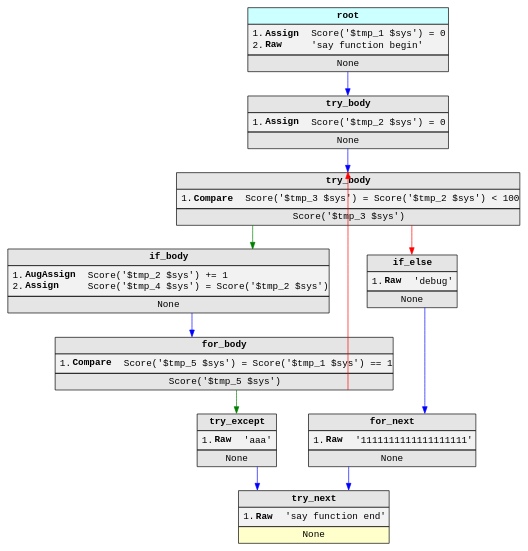
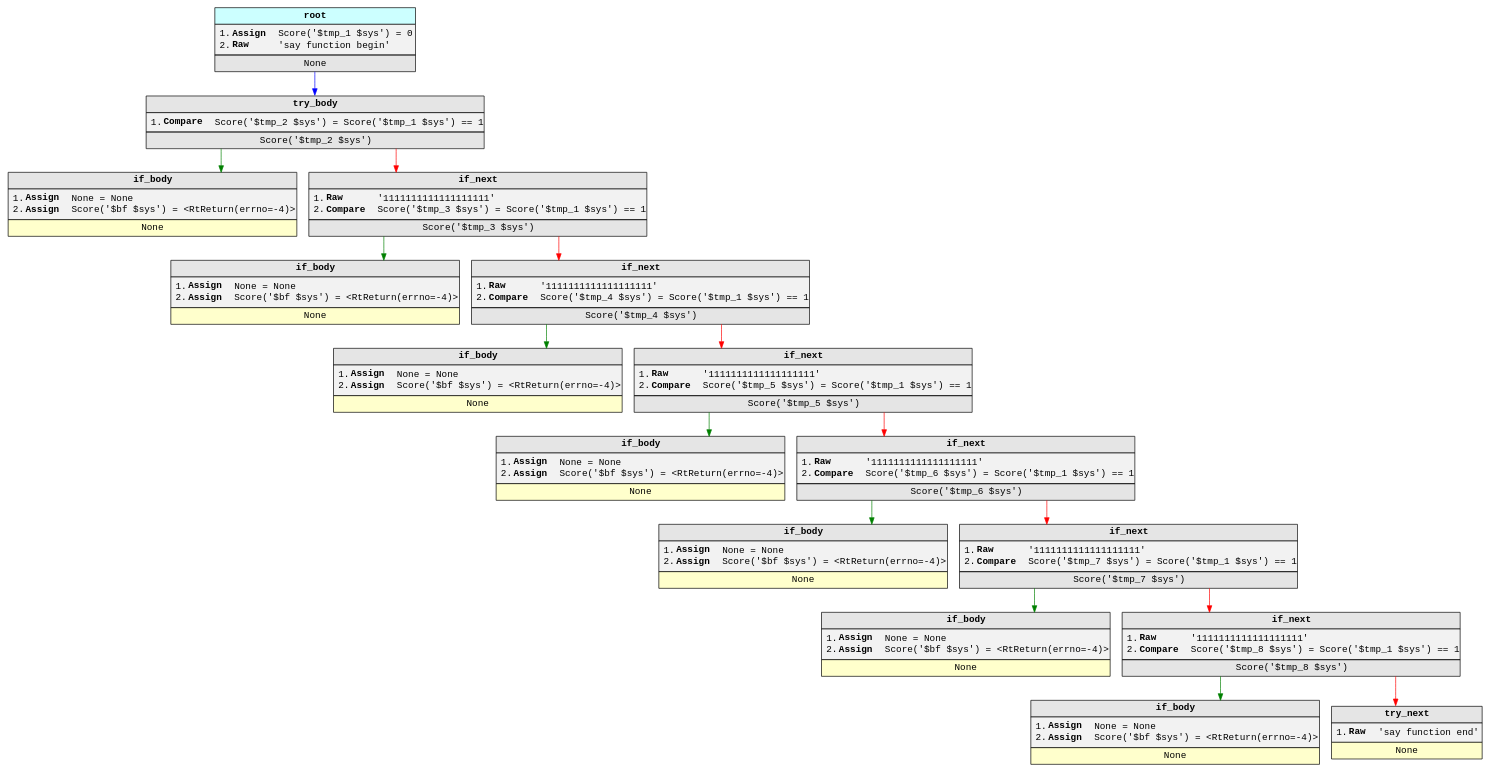
One commit to 00ll00/pymcf changed the diagram in test.dot. Above: the diagram before and after it, drawn with Graphviz. The commit also changed 2 other files, not shown here.

```diff
--- a/test.dot
+++ b/test.dot
@@ -2,7 +2,7 @@
 	node [fontname="Courier New"]
 	edge [fontname="Courier New"]
 	bgcolor=white splines=ortho
-	node_2506838769552 [label=<
+	node_1993967455888 [label=<
                     <table border="0" cellborder="1" cellspacing="0" cellpadding="4">
                         <tr><td><b>try_next</b></td></tr>
                         <tr><td bgcolor="gray95"><table border="0" cellborder="0" cellspacing="2" cellpadding="0">
@@ -11,80 +11,160 @@
                         <tr><td bgcolor="#ffffcc">None</td></tr>
                     </table>
                     > fillcolor=gray90 shape=plain style=filled]
-	node_2506838950800 [label=<
+	node_1993967463696 [label=<
                     <table border="0" cellborder="1" cellspacing="0" cellpadding="4">
-                        <tr><td><b>for_next</b></td></tr>
+                        <tr><td><b>if_body</b></td></tr>
+                        <tr><td bgcolor="gray95"><table border="0" cellborder="0" cellspacing="2" cellpadding="0">
+                            <tr><td align="left">1.</td><td align="left"><b>Assign</b>  </td><td align="left">None = None</td></tr>
+<tr><td align="left">2.</td><td align="left"><b>Assign</b>  </td><td align="left">Score(&#x27;$bf $sys&#x27;) = &lt;RtReturn(errno=-4)&gt;</td></tr>
+                        </table></td></tr>
+                        <tr><td bgcolor="#ffffcc">None</td></tr>
+                    </table>
+                    > fillcolor=gray90 shape=plain style=filled]
+	node_1993967463504 [label=<
+                    <table border="0" cellborder="1" cellspacing="0" cellpadding="4">
+                        <tr><td><b>if_next</b></td></tr>
                         <tr><td bgcolor="gray95"><table border="0" cellborder="0" cellspacing="2" cellpadding="0">
                             <tr><td align="left">1.</td><td align="left"><b>Raw</b>  </td><td align="left">&#x27;1111111111111111111&#x27;</td></tr>
+<tr><td align="left">2.</td><td align="left"><b>Compare</b>  </td><td align="left">Score(&#x27;$tmp_8 $sys&#x27;) = Score(&#x27;$tmp_1 $sys&#x27;) == 1</td></tr>
                         </table></td></tr>
-                        <tr><td>None</td></tr>
+                        <tr><td>Score(&#x27;$tmp_8 $sys&#x27;)</td></tr>
                     </table>
                     > fillcolor=gray90 shape=plain style=filled]
-	node_2506838950800:s -> node_2506838769552:n [color=blue]
-	node_2506838953424 [label=<
+	node_1993967463504:sw -> node_1993967463696:n [color=green]
+	node_1993967463504:se -> node_1993967455888:n [color=red]
+	node_1993967462480 [label=<
                     <table border="0" cellborder="1" cellspacing="0" cellpadding="4">
-                        <tr><td><b>if_else</b></td></tr>
+                        <tr><td><b>if_body</b></td></tr>
                         <tr><td bgcolor="gray95"><table border="0" cellborder="0" cellspacing="2" cellpadding="0">
-                            <tr><td align="left">1.</td><td align="left"><b>Raw</b>  </td><td align="left">&#x27;debug&#x27;</td></tr>
+                            <tr><td align="left">1.</td><td align="left"><b>Assign</b>  </td><td align="left">None = None</td></tr>
+<tr><td align="left">2.</td><td align="left"><b>Assign</b>  </td><td align="left">Score(&#x27;$bf $sys&#x27;) = &lt;RtReturn(errno=-4)&gt;</td></tr>
                         </table></td></tr>
-                        <tr><td>None</td></tr>
+                        <tr><td bgcolor="#ffffcc">None</td></tr>
                     </table>
                     > fillcolor=gray90 shape=plain style=filled]
-	node_2506838953424:s -> node_2506838950800:n [color=blue]
-	node_2506838866448 [label=<
+	node_1993967462224 [label=<
                     <table border="0" cellborder="1" cellspacing="0" cellpadding="4">
-                        <tr><td><b>try_except</b></td></tr>
+                        <tr><td><b>if_next</b></td></tr>
                         <tr><td bgcolor="gray95"><table border="0" cellborder="0" cellspacing="2" cellpadding="0">
-                            <tr><td align="left">1.</td><td align="left"><b>Raw</b>  </td><td align="left">&#x27;aaa&#x27;</td></tr>
+                            <tr><td align="left">1.</td><td align="left"><b>Raw</b>  </td><td align="left">&#x27;1111111111111111111&#x27;</td></tr>
+<tr><td align="left">2.</td><td align="left"><b>Compare</b>  </td><td align="left">Score(&#x27;$tmp_7 $sys&#x27;) = Score(&#x27;$tmp_1 $sys&#x27;) == 1</td></tr>
                         </table></td></tr>
-                        <tr><td>None</td></tr>
+                        <tr><td>Score(&#x27;$tmp_7 $sys&#x27;)</td></tr>
                     </table>
                     > fillcolor=gray90 shape=plain style=filled]
-	node_2506838866448:s -> node_2506838769552:n [color=blue]
-	node_2506838950928 [label=<
+	node_1993967462224:sw -> node_1993967462480:n [color=green]
+	node_1993967462224:se -> node_1993967463504:n [color=red]
+	node_1993967461200 [label=<
                     <table border="0" cellborder="1" cellspacing="0" cellpadding="4">
-                        <tr><td><b>for_body</b></td></tr>
+                        <tr><td><b>if_body</b></td></tr>
                         <tr><td bgcolor="gray95"><table border="0" cellborder="0" cellspacing="2" cellpadding="0">
-                            <tr><td align="left">1.</td><td align="left"><b>Compare</b>  </td><td align="left">Score(&#x27;$tmp_5 $sys&#x27;) = Score(&#x27;$tmp_1 $sys&#x27;) == 1</td></tr>
+                            <tr><td align="left">1.</td><td align="left"><b>Assign</b>  </td><td align="left">None = None</td></tr>
+<tr><td align="left">2.</td><td align="left"><b>Assign</b>  </td><td align="left">Score(&#x27;$bf $sys&#x27;) = &lt;RtReturn(errno=-4)&gt;</td></tr>
+                        </table></td></tr>
+                        <tr><td bgcolor="#ffffcc">None</td></tr>
+                    </table>
+                    > fillcolor=gray90 shape=plain style=filled]
+	node_1993967460944 [label=<
+                    <table border="0" cellborder="1" cellspacing="0" cellpadding="4">
+                        <tr><td><b>if_next</b></td></tr>
+                        <tr><td bgcolor="gray95"><table border="0" cellborder="0" cellspacing="2" cellpadding="0">
+                            <tr><td align="left">1.</td><td align="left"><b>Raw</b>  </td><td align="left">&#x27;1111111111111111111&#x27;</td></tr>
+<tr><td align="left">2.</td><td align="left"><b>Compare</b>  </td><td align="left">Score(&#x27;$tmp_6 $sys&#x27;) = Score(&#x27;$tmp_1 $sys&#x27;) == 1</td></tr>
+                        </table></td></tr>
+                        <tr><td>Score(&#x27;$tmp_6 $sys&#x27;)</td></tr>
+                    </table>
+                    > fillcolor=gray90 shape=plain style=filled]
+	node_1993967460944:sw -> node_1993967461200:n [color=green]
+	node_1993967460944:se -> node_1993967462224:n [color=red]
+	node_1993967459920 [label=<
+                    <table border="0" cellborder="1" cellspacing="0" cellpadding="4">
+                        <tr><td><b>if_body</b></td></tr>
+                        <tr><td bgcolor="gray95"><table border="0" cellborder="0" cellspacing="2" cellpadding="0">
+                            <tr><td align="left">1.</td><td align="left"><b>Assign</b>  </td><td align="left">None = None</td></tr>
+<tr><td align="left">2.</td><td align="left"><b>Assign</b>  </td><td align="left">Score(&#x27;$bf $sys&#x27;) = &lt;RtReturn(errno=-4)&gt;</td></tr>
+                        </table></td></tr>
+                        <tr><td bgcolor="#ffffcc">None</td></tr>
+                    </table>
+                    > fillcolor=gray90 shape=plain style=filled]
+	node_1993967459728 [label=<
+                    <table border="0" cellborder="1" cellspacing="0" cellpadding="4">
+                        <tr><td><b>if_next</b></td></tr>
+                        <tr><td bgcolor="gray95"><table border="0" cellborder="0" cellspacing="2" cellpadding="0">
+                            <tr><td align="left">1.</td><td align="left"><b>Raw</b>  </td><td align="left">&#x27;1111111111111111111&#x27;</td></tr>
+<tr><td align="left">2.</td><td align="left"><b>Compare</b>  </td><td align="left">Score(&#x27;$tmp_5 $sys&#x27;) = Score(&#x27;$tmp_1 $sys&#x27;) == 1</td></tr>
                         </table></td></tr>
                         <tr><td>Score(&#x27;$tmp_5 $sys&#x27;)</td></tr>
                     </table>
                     > fillcolor=gray90 shape=plain style=filled]
-	node_2506838950928:sw -> node_2506838866448:n [color=green]
-	node_2506838950928:se -> node_2506838952592:n [color=red]
-	node_2506838953040 [label=<
+	node_1993967459728:sw -> node_1993967459920:n [color=green]
+	node_1993967459728:se -> node_1993967460944:n [color=red]
+	node_1993967458704 [label=<
                     <table border="0" cellborder="1" cellspacing="0" cellpadding="4">
                         <tr><td><b>if_body</b></td></tr>
                         <tr><td bgcolor="gray95"><table border="0" cellborder="0" cellspacing="2" cellpadding="0">
-                            <tr><td align="left">1.</td><td align="left"><b>AugAssign</b>  </td><td align="left">Score(&#x27;$tmp_2 $sys&#x27;) += 1</td></tr>
-<tr><td align="left">2.</td><td align="left"><b>Assign</b>  </td><td align="left">Score(&#x27;$tmp_4 $sys&#x27;) = Score(&#x27;$tmp_2 $sys&#x27;)</td></tr>
+                            <tr><td align="left">1.</td><td align="left"><b>Assign</b>  </td><td align="left">None = None</td></tr>
+<tr><td align="left">2.</td><td align="left"><b>Assign</b>  </td><td align="left">Score(&#x27;$bf $sys&#x27;) = &lt;RtReturn(errno=-4)&gt;</td></tr>
                         </table></td></tr>
-                        <tr><td>None</td></tr>
+                        <tr><td bgcolor="#ffffcc">None</td></tr>
                     </table>
                     > fillcolor=gray90 shape=plain style=filled]
-	node_2506838953040:s -> node_2506838950928:n [color=blue]
-	node_2506838952592 [label=<
+	node_1993967458448 [label=<
                     <table border="0" cellborder="1" cellspacing="0" cellpadding="4">
-                        <tr><td><b>try_body</b></td></tr>
+                        <tr><td><b>if_next</b></td></tr>
                         <tr><td bgcolor="gray95"><table border="0" cellborder="0" cellspacing="2" cellpadding="0">
-                            <tr><td align="left">1.</td><td align="left"><b>Compare</b>  </td><td align="left">Score(&#x27;$tmp_3 $sys&#x27;) = Score(&#x27;$tmp_2 $sys&#x27;) &lt; 100</td></tr>
+                            <tr><td align="left">1.</td><td align="left"><b>Raw</b>  </td><td align="left">&#x27;1111111111111111111&#x27;</td></tr>
+<tr><td align="left">2.</td><td align="left"><b>Compare</b>  </td><td align="left">Score(&#x27;$tmp_4 $sys&#x27;) = Score(&#x27;$tmp_1 $sys&#x27;) == 1</td></tr>
+                        </table></td></tr>
+                        <tr><td>Score(&#x27;$tmp_4 $sys&#x27;)</td></tr>
+                    </table>
+                    > fillcolor=gray90 shape=plain style=filled]
+	node_1993967458448:sw -> node_1993967458704:n [color=green]
+	node_1993967458448:se -> node_1993967459728:n [color=red]
+	node_1993967457424 [label=<
+                    <table border="0" cellborder="1" cellspacing="0" cellpadding="4">
+                        <tr><td><b>if_body</b></td></tr>
+                        <tr><td bgcolor="gray95"><table border="0" cellborder="0" cellspacing="2" cellpadding="0">
+                            <tr><td align="left">1.</td><td align="left"><b>Assign</b>  </td><td align="left">None = None</td></tr>
+<tr><td align="left">2.</td><td align="left"><b>Assign</b>  </td><td align="left">Score(&#x27;$bf $sys&#x27;) = &lt;RtReturn(errno=-4)&gt;</td></tr>
+                        </table></td></tr>
+                        <tr><td bgcolor="#ffffcc">None</td></tr>
+                    </table>
+                    > fillcolor=gray90 shape=plain style=filled]
+	node_1993967135376 [label=<
+                    <table border="0" cellborder="1" cellspacing="0" cellpadding="4">
+                        <tr><td><b>if_next</b></td></tr>
+                        <tr><td bgcolor="gray95"><table border="0" cellborder="0" cellspacing="2" cellpadding="0">
+                            <tr><td align="left">1.</td><td align="left"><b>Raw</b>  </td><td align="left">&#x27;1111111111111111111&#x27;</td></tr>
+<tr><td align="left">2.</td><td align="left"><b>Compare</b>  </td><td align="left">Score(&#x27;$tmp_3 $sys&#x27;) = Score(&#x27;$tmp_1 $sys&#x27;) == 1</td></tr>
                         </table></td></tr>
                         <tr><td>Score(&#x27;$tmp_3 $sys&#x27;)</td></tr>
                     </table>
                     > fillcolor=gray90 shape=plain style=filled]
-	node_2506838952592:sw -> node_2506838953040:n [color=green]
-	node_2506838952592:se -> node_2506838953424:n [color=red]
-	node_2506838867600 [label=<
+	node_1993967135376:sw -> node_1993967457424:n [color=green]
+	node_1993967135376:se -> node_1993967458448:n [color=red]
+	node_1993967456016 [label=<
+                    <table border="0" cellborder="1" cellspacing="0" cellpadding="4">
+                        <tr><td><b>if_body</b></td></tr>
+                        <tr><td bgcolor="gray95"><table border="0" cellborder="0" cellspacing="2" cellpadding="0">
+                            <tr><td align="left">1.</td><td align="left"><b>Assign</b>  </td><td align="left">None = None</td></tr>
+<tr><td align="left">2.</td><td align="left"><b>Assign</b>  </td><td align="left">Score(&#x27;$bf $sys&#x27;) = &lt;RtReturn(errno=-4)&gt;</td></tr>
+                        </table></td></tr>
+                        <tr><td bgcolor="#ffffcc">None</td></tr>
+                    </table>
+                    > fillcolor=gray90 shape=plain style=filled]
+	node_1993967455440 [label=<
                     <table border="0" cellborder="1" cellspacing="0" cellpadding="4">
                         <tr><td><b>try_body</b></td></tr>
                         <tr><td bgcolor="gray95"><table border="0" cellborder="0" cellspacing="2" cellpadding="0">
-                            <tr><td align="left">1.</td><td align="left"><b>Assign</b>  </td><td align="left">Score(&#x27;$tmp_2 $sys&#x27;) = 0</td></tr>
+                            <tr><td align="left">1.</td><td align="left"><b>Compare</b>  </td><td align="left">Score(&#x27;$tmp_2 $sys&#x27;) = Score(&#x27;$tmp_1 $sys&#x27;) == 1</td></tr>
                         </table></td></tr>
-                        <tr><td>None</td></tr>
+                        <tr><td>Score(&#x27;$tmp_2 $sys&#x27;)</td></tr>
                     </table>
                     > fillcolor=gray90 shape=plain style=filled]
-	node_2506838867600:s -> node_2506838952592:n [color=blue]
-	node_2506798230928 [label=<
+	node_1993967455440:sw -> node_1993967456016:n [color=green]
+	node_1993967455440:se -> node_1993967135376:n [color=red]
+	node_1993967139664 [label=<
                     <table border="0" cellborder="1" cellspacing="0" cellpadding="4">
                         <tr><td bgcolor="#ccffff"><b>root</b></td></tr>
                         <tr><td bgcolor="gray95"><table border="0" cellborder="0" cellspacing="2" cellpadding="0">
@@ -94,5 +174,5 @@
                         <tr><td>None</td></tr>
                     </table>
                     > fillcolor=gray90 shape=plain style=filled]
-	node_2506798230928:s -> node_2506838867600:n [color=blue]
+	node_1993967139664:s -> node_1993967455440:n [color=blue]
 }
```
